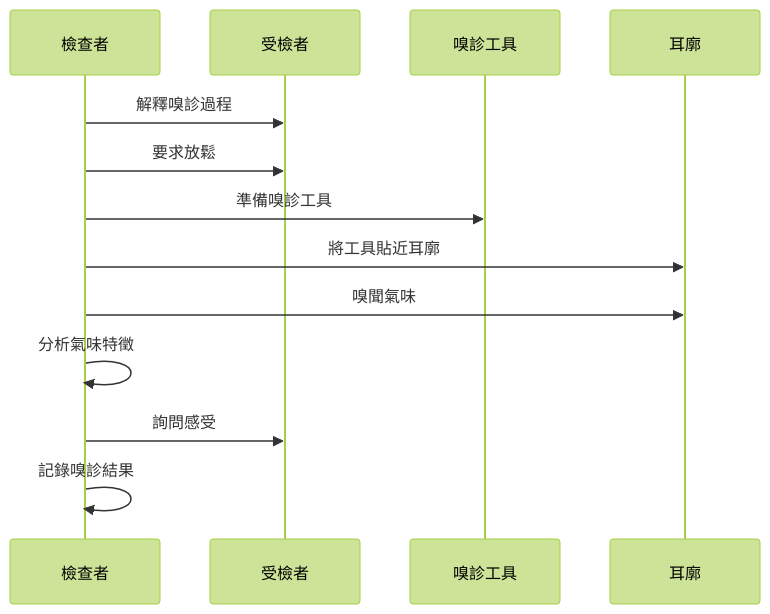
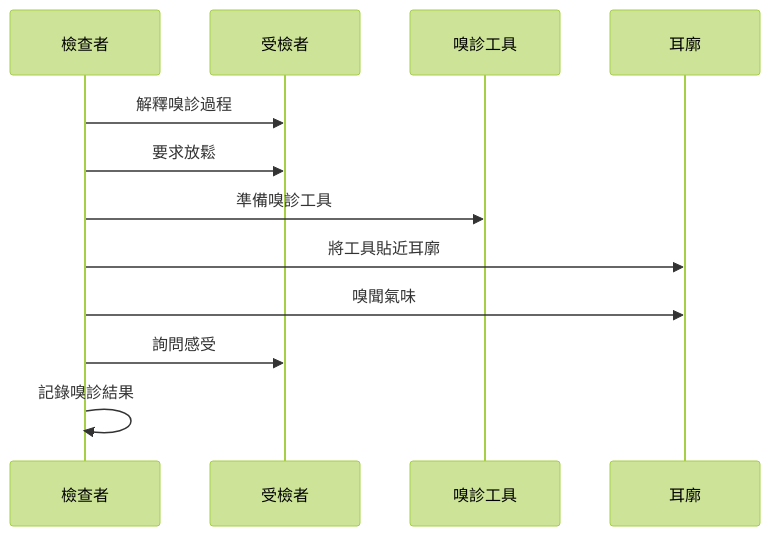
One commit to kmjade/knowledge-value changed the sixth of 10 diagrams in 3 Resources/01-Tech/🏥 专业知识/耳穴知识库/02-耳穴診斷/耳穴聞診方法.md. Above: the diagram before and after it, drawn with Mermaid (forest theme). The commit also changed other lines of this file and 653 other files, not shown here.

````diff
--- a/3 Resources/01-Tech/🏥 专业知识/耳穴知识库/02-耳穴診斷/耳穴聞診方法.md
+++ b/3 Resources/01-Tech/🏥 专业知识/耳穴知识库/02-耳穴診斷/耳穴聞診方法.md
@@ -260,16 +260,16 @@
 ```mermaid
 sequenceDiagram
     participant A as 檢查者
     participant B as 受檢者
     participant C as 嗅診工具
     participant D as 耳廓
     
     A->>B: 解釋嗅診過程
     A->>B: 要求放鬆
     A->>C: 準備嗅診工具
     A->>D: 將工具貼近耳廓
     A->>D: 嗅聞氣味
-    A->>A: 分析氣味特徵
+# 分析
     A->>B: 詢問感受
     A->>A: 記錄嗅診結果
 ```
````
